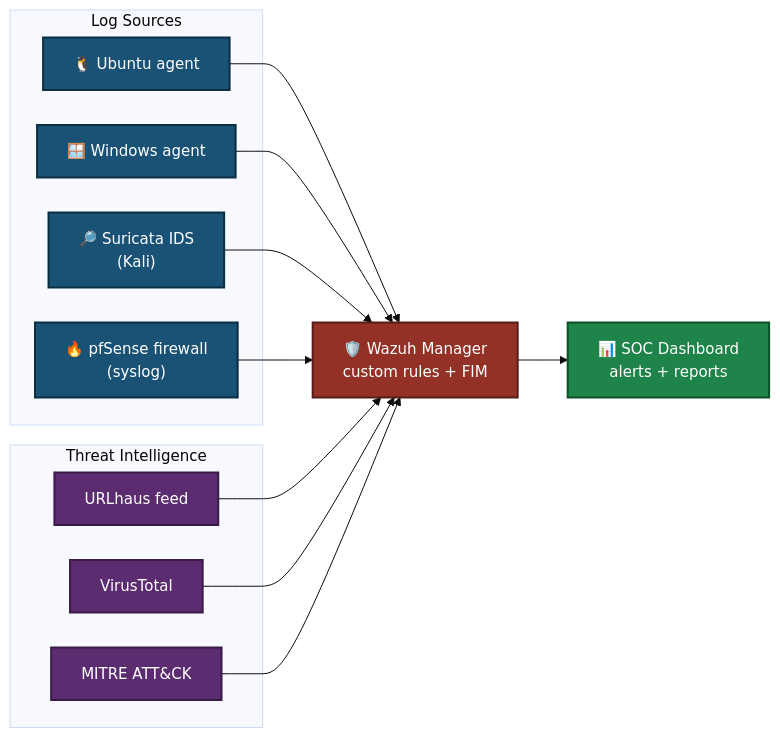
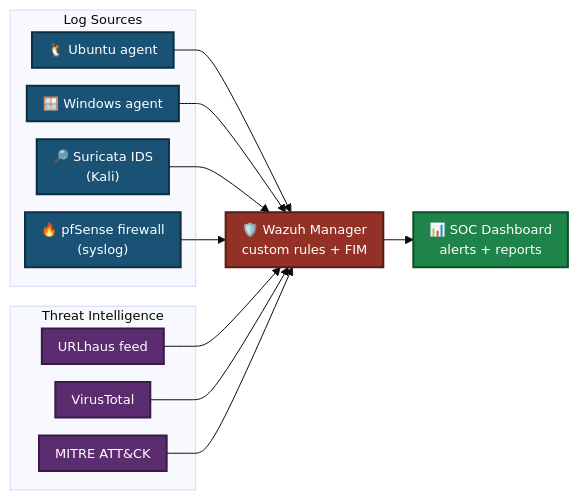
One commit to malaika-azhar/malaika-azhar changed the first of 2 diagrams in README.md. Above: the diagram before and after it, drawn with Mermaid. The commit also changed other lines of this file, not shown here.

````diff
--- a/README.md
+++ b/README.md
@@ -55,27 +57,27 @@
 ```mermaid
-%%{init: {'theme': 'base', 'themeVariables': {'fontSize': '15px'}, 'flowchart': {'nodeSpacing': 35, 'rankSpacing': 50}}}%%
+%%{init: {'theme': 'base', 'themeVariables': {'fontSize': '13px'}, 'flowchart': {'nodeSpacing': 18, 'rankSpacing': 30, 'padding': 8}}}%%
 flowchart LR
     subgraph SRC["Log Sources"]
         UA["🐧 Ubuntu agent"]:::src
         WA["🪟 Windows agent"]:::src
         SU["🔎 Suricata IDS<br/>(Kali)"]:::src
         PF["🔥 pfSense firewall<br/>(syslog)"]:::src
     end
     subgraph TI["Threat Intelligence"]
         UH["URLhaus feed"]:::ti
         VT["VirusTotal"]:::ti
         AT["MITRE ATT&CK"]:::ti
     end
     UA --> WM
     WA --> WM
     SU --> WM
     PF --> WM
     UH --> WM
     VT --> WM
     AT --> WM
     WM["🛡️ Wazuh Manager<br/>custom rules + FIM"]:::core --> DB["📊 SOC Dashboard<br/>alerts + reports"]:::out
     classDef src fill:#1A5276,stroke:#0B2E43,stroke-width:2px,color:#FFFFFF
     classDef ti fill:#5B2C6F,stroke:#3B1A48,stroke-width:2px,color:#FFFFFF
     classDef core fill:#943126,stroke:#571C16,stroke-width:2px,color:#FFFFFF
     classDef out fill:#1E8449,stroke:#0B4F2A,stroke-width:2px,color:#FFFFFF
 ```
````
